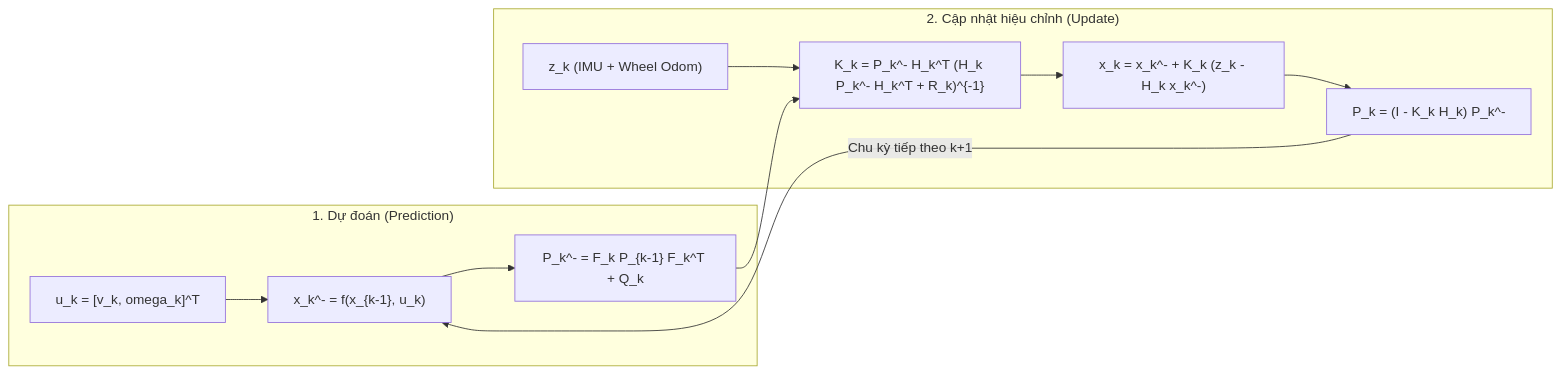
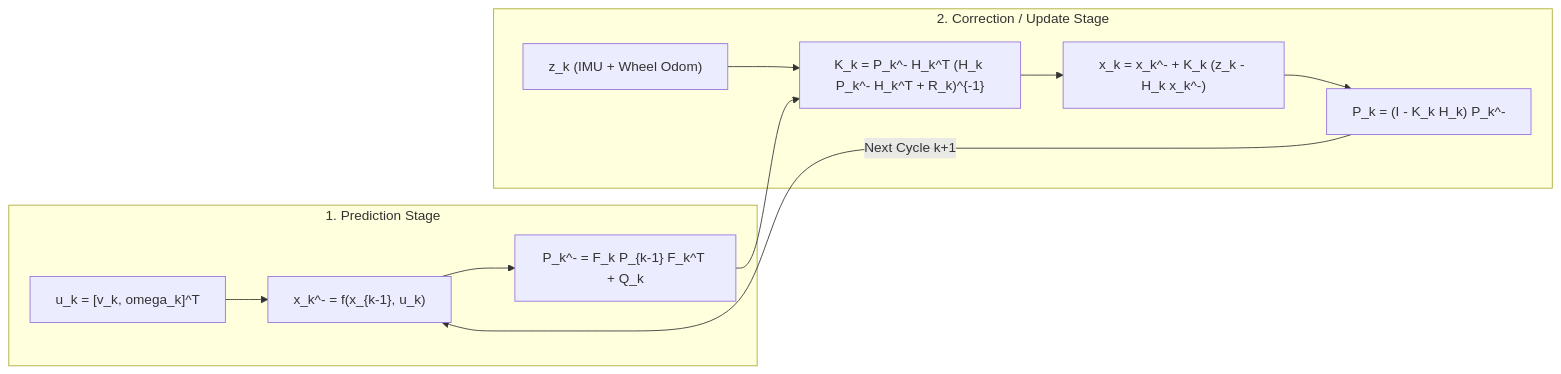
One commit to dquang05/capstone_ros2 changed the second of 5 diagrams in docs/AMR_CONTROL_SYSTEM_DESIGN.md. Above: the diagram before and after it, drawn with Mermaid. The commit also changed other lines of this file and 18 other files, not shown here.

````diff
--- a/docs/AMR_CONTROL_SYSTEM_DESIGN.md
+++ b/docs/AMR_CONTROL_SYSTEM_DESIGN.md
@@ -60,16 +60,16 @@
 ```mermaid
 graph LR
-    subgraph Prediction ["1. Dự đoán (Prediction)"]
+    subgraph Prediction ["1. Prediction Stage"]
         Input["u_k = [v_k, omega_k]^T"] --> StateModel["x_k^- = f(x_{k-1}, u_k)"]
         StateModel --> CovPredict["P_k^- = F_k P_{k-1} F_k^T + Q_k"]
     end
 
-    subgraph Correction ["2. Cập nhật hiệu chỉnh (Update)"]
+    subgraph Correction ["2. Correction / Update Stage"]
         Measure["z_k (IMU + Wheel Odom)"] --> KalmanGain["K_k = P_k^- H_k^T (H_k P_k^- H_k^T + R_k)^{-1}"]
         KalmanGain --> StateUpdate["x_k = x_k^- + K_k (z_k - H_k x_k^-)"]
         StateUpdate --> CovUpdate["P_k = (I - K_k H_k) P_k^-"]
     end
 
     CovPredict --> KalmanGain
-    CovUpdate -->|Chu kỳ tiếp theo k+1| StateModel
+    CovUpdate -->|Next Cycle k+1| StateModel
 ```
````
